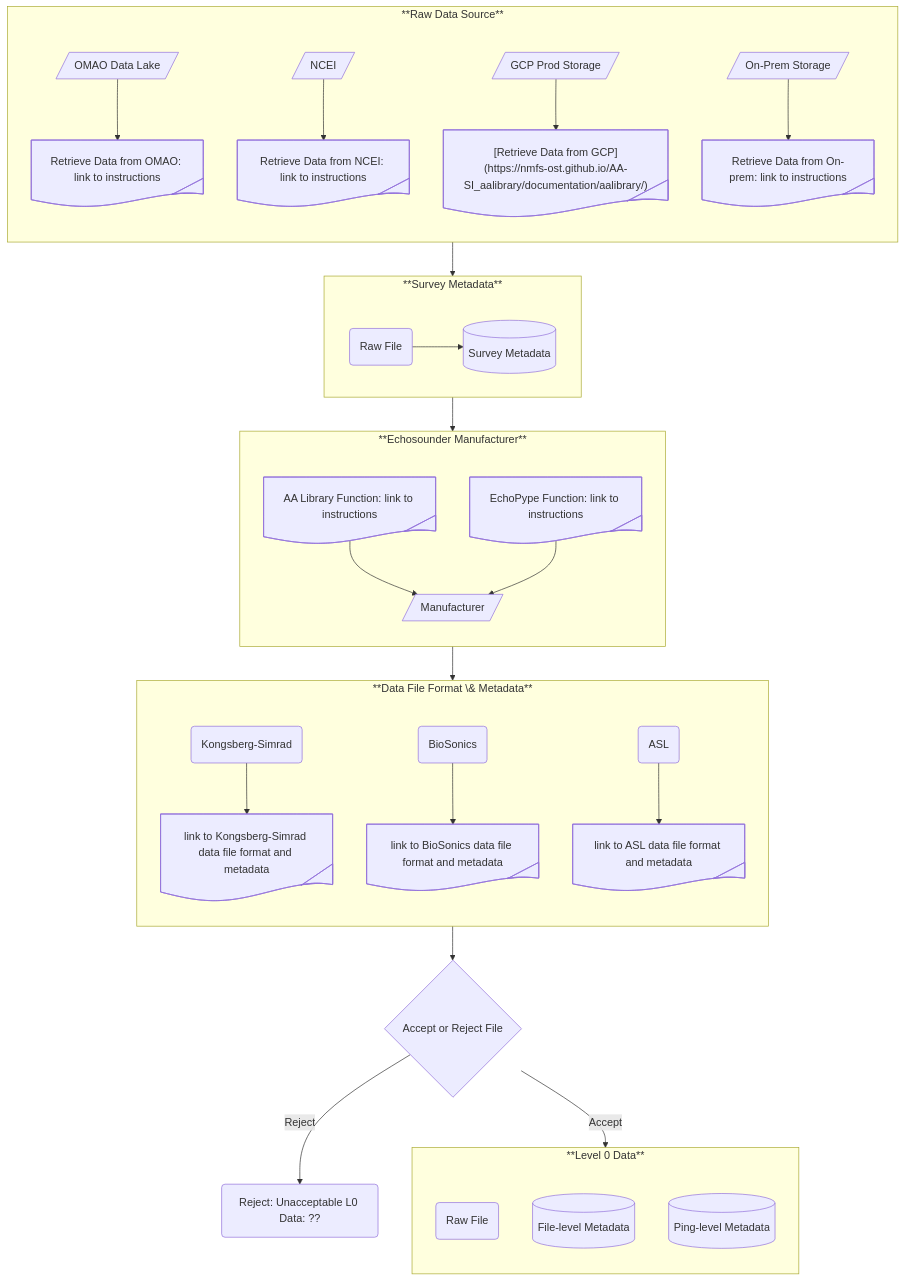
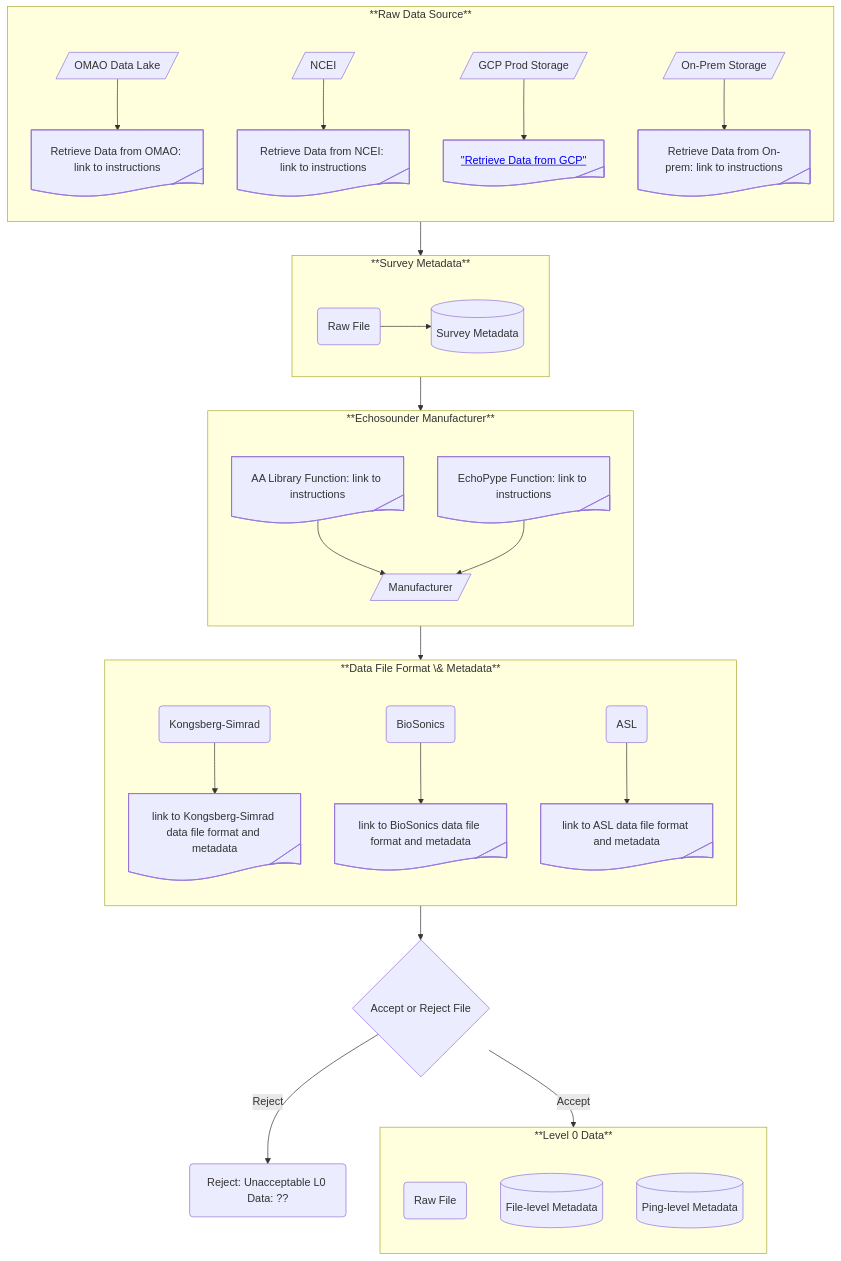
One commit to nmfs-ost/AA-SI_DataRoadMap changed the first of 5 diagrams in README.md. Above: the diagram before and after it, drawn with Mermaid.

Commit message:
Update GCP data retrieval link format in README

````diff
--- a/README.md
+++ b/README.md
@@ -77,45 +77,45 @@
 ```mermaid
 ---
 config:
     flowchart:
         subGraphTitleMargin:
             "bottom": 30
 ---
 flowchart TB
     subgraph SG_L0_DataSource["**Raw Data Source**"]
         direction TB
         node_L0_SrcOMAO@{shape: lean-r, label: "OMAO Data Lake"} --> node_L0_OMAO@{ shape: tag-doc, label: "Retrieve Data from OMAO: link to instructions" }
         node_L0_SrcNCEI@{shape: lean-r, label: "NCEI"} --> node_L0_NCEI@{ shape: tag-doc, label: "Retrieve Data from NCEI: link to instructions" }
-        node_L0_SrcGCP@{shape: lean-r, label: "GCP Prod Storage"} --> node_L0_GCP@{ shape: tag-doc, label: "[Retrieve Data from GCP](https://nmfs-ost.github.io/AA-SI_aalibrary/documentation/aalibrary/)" }
+        node_L0_SrcGCP@{shape: lean-r, label: "GCP Prod Storage"} --> node_L0_GCP@{ shape: tag-doc, label: <a href="https://nmfs-ost.github.io/AA-SI_aalibrary/documentation/aalibrary"> "Retrieve Data from GCP"</a> }
         node_L0_SrcOP@{shape: lean-r, label: "On-Prem Storage"} --> node_L0_OP@{ shape: tag-doc, label: "Retrieve Data from On-prem: link to instructions" }
         %%style node_SrcOMAO color:blue
     end
     subgraph SG_L0_SurveyMetaData["**Survey Metadata**"]
         direction LR
         node_L0_RF@{ shape: rounded, label: "Raw File" } --> node_L0_SMD@{ shape: database, label: <a href="https://github.com/nmfs-ost/AA-SI_metadata"> "Survey Metadata"</a> }
     end
     subgraph SG_L0_ESManufacturer["**Echosounder Manufacturer**"]
         direction TB
         node_L0_AL1@{shape: tag-doc, label: "AA Library Function: link to instructions"} --> node_L0_Man@{ shape: lean-r, label: "Manufacturer" }
         node_L0_AL2@{shape: tag-doc, label: "EchoPype Function: link to instructions"} --> node_L0_Man
     end
     subgraph SG_L0_ESMetaData["**Data File Format \& Metadata**"]
         direction TB
         node_L0_KS@{ shape: rounded, label: "Kongsberg-Simrad" } --> node_L0_KSMD@{ shape: tag-doc, label: "link to Kongsberg-Simrad data file format and metadata" }
         node_L0_BS@{ shape: rounded, label: "BioSonics" } --> node_L0_BSMD@{ shape: tag-doc, label: "link to BioSonics data file format and metadata" }
         node_L0_ASL@{ shape: rounded, label: "ASL" } --> node_L0_ASLMD@{ shape: tag-doc, label: "link to ASL data file format and metadata" }
     end
     subgraph SG_L0_Data["**Level 0 Data**"]
         direction TB
         node_L0_RD@{ shape: rounded, label: "Raw File" }
         node_L0_SMD@{ shape: database, label: "Survey Metadata" }
         node_L0_FMD@{ shape: database, label: "File-level Metadata" }
         node_L0_PMD@{ shape: database, label: "Ping-level Metadata" }
     end
     SG_L0_DataSource --> SG_L0_SurveyMetaData
     SG_L0_SurveyMetaData --> SG_L0_ESManufacturer
     SG_L0_ESManufacturer --> SG_L0_ESMetaData
     SG_L0_ESMetaData --> node_AcceptReject@{ shape: diamond, label: "Accept or Reject File" }
     node_AcceptReject --> |Accept| SG_L0_Data
     node_AcceptReject --> |Reject| node_Reject_L0@{ shape: rounded, label: "Reject: Unacceptable L0 Data: ??" }
 ```
````
